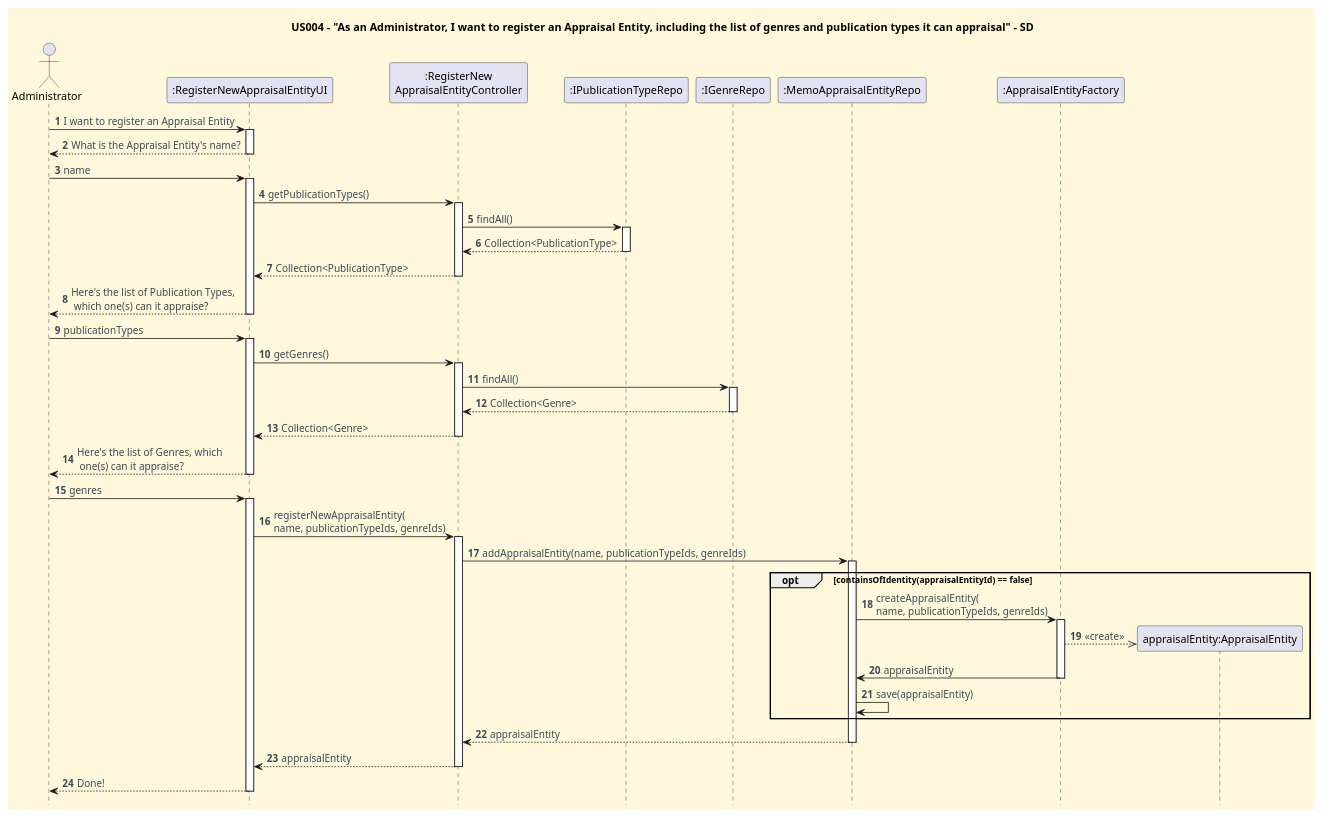
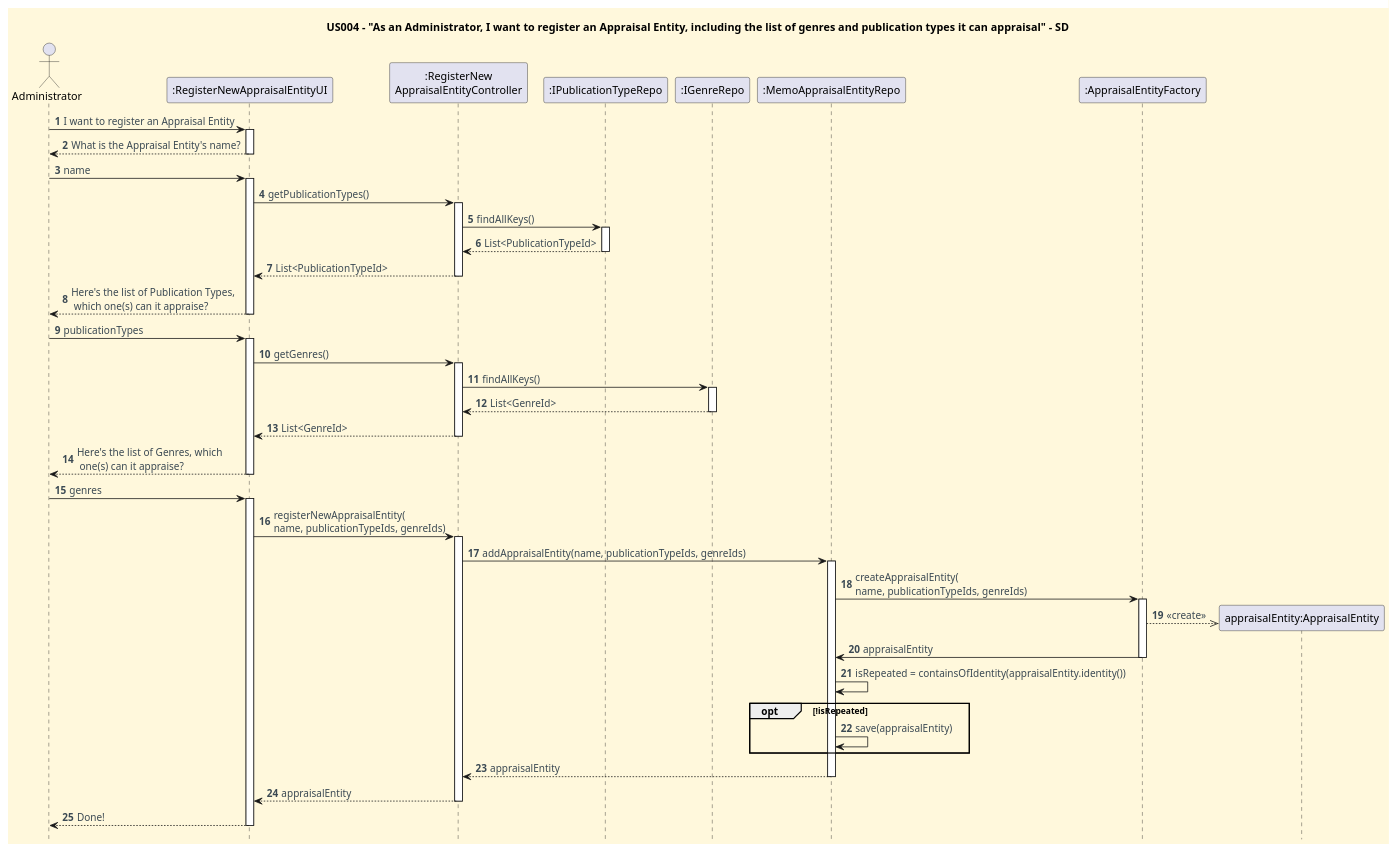
Before and after one commit to CarolinaLeite-collab/JavaMarketplacePlatform: the diagram in docs/user-stories/US004/US004_register_new_appraisal_entity_SD.puml, drawn with PlantUML. The commit also changed 1 other file, not shown here.

Commit message:
docs: updated US004 CD and SD diagrams - refs #521

```diff
--- a/docs/user-stories/US004/US004_register_new_appraisal_entity_SD.puml
+++ b/docs/user-stories/US004/US004_register_new_appraisal_entity_SD.puml
@@ -1,91 +1,95 @@
 @startuml
 '==== Title ====
 title US004 - "As an Administrator, I want to register an Appraisal Entity, including the list of genres and publication types it can appraisal" - SD
 
 
 '==== basic style ====
 skinparam monochrome false
 skinparam shadowing false
 skinparam defaultFontName Futura
 skinparam objectFontSize 20
 skinparam backgroundColor CornSilk
 skinparam objectBackgroundColor WhiteSmoke
 skinparam noteBackgroundColor #FFFFE0
 skinparam ArrowFontColor #3B4953
 skinparam ActivationBackgroundColor black
 hidefootbox
 autonumber
 
 
 ' ==== Actor and participants ====
 actor Administrator
 participant ":RegisterNewAppraisalEntityUI" as UI
 participant ":RegisterNew\nAppraisalEntityController" as CTL
 participant ":IPublicationTypeRepo" as PTR
 participant ":IGenreRepo" as grRepo
 participant ":MemoAppraisalEntityRepo" as aeRepo
 participant ":AppraisalEntityFactory" as Factory
 
 
 '==== UI interaction ====
 Administrator -> UI: I want to register an Appraisal Entity
 activate UI
 UI --> Administrator: What is the Appraisal Entity's name?
 deactivate UI
 Administrator -> UI: name
 activate UI
 
 '==== Use case execution ====
 UI -> CTL: getPublicationTypes()
 activate CTL
-CTL -> PTR: findAll()
+CTL -> PTR: findAllKeys()
 activate PTR
-PTR --> CTL: Collection<PublicationType>
+PTR --> CTL: List<PublicationTypeId>
 deactivate PTR
-CTL --> UI: Collection<PublicationType>
+CTL --> UI: List<PublicationTypeId>
 deactivate CTL
 
 UI --> Administrator: Here's the list of Publication Types, \n which one(s) can it appraise?
 deactivate UI
 
 Administrator -> UI: publicationTypes
 activate UI
 UI -> CTL: getGenres()
 activate CTL
-CTL -> grRepo: findAll()
+CTL -> grRepo: findAllKeys()
 activate grRepo
-grRepo --> CTL: Collection<Genre>
+grRepo --> CTL: List<GenreId>
 deactivate grRepo
-CTL --> UI: Collection<Genre>
+CTL --> UI: List<GenreId>
 deactivate CTL
 
 UI --> Administrator: Here's the list of Genres, which \n one(s) can it appraise?
 deactivate UI
 
 Administrator -> UI: genres
 activate UI
 UI -> CTL: registerNewAppraisalEntity(\nname, publicationTypeIds, genreIds)
 activate CTL
 CTL -> aeRepo: addAppraisalEntity(name, publicationTypeIds, genreIds)
 activate aeRepo
 
-opt containsOfIdentity(appraisalEntityId) == false
-        aeRepo -> Factory: createAppraisalEntity(\nname, publicationTypeIds, genreIds)
-        create "appraisalEntity:AppraisalEntity"
-        activate Factory
-        Factory -->> "appraisalEntity:AppraisalEntity": <<create>>
-        Factory -> aeRepo: appraisalEntity
-        deactivate Factory
+aeRepo -> Factory: createAppraisalEntity(\nname, publicationTypeIds, genreIds)
+create "appraisalEntity:AppraisalEntity"
+
+activate Factory
+Factory -->> "appraisalEntity:AppraisalEntity": <<create>>
+Factory -> aeRepo: appraisalEntity
+deactivate Factory
+
+aeRepo -> aeRepo : isRepeated = containsOfIdentity(appraisalEntity.identity())
+
+opt !isRepeated
 
         aeRepo -> aeRepo : save(appraisalEntity)
 
     end
 
 aeRepo --> CTL: appraisalEntity
 deactivate aeRepo
 CTL --> UI: appraisalEntity
 deactivate CTL
 UI --> Administrator: Done!
 deactivate UI
 
 @enduml
```
